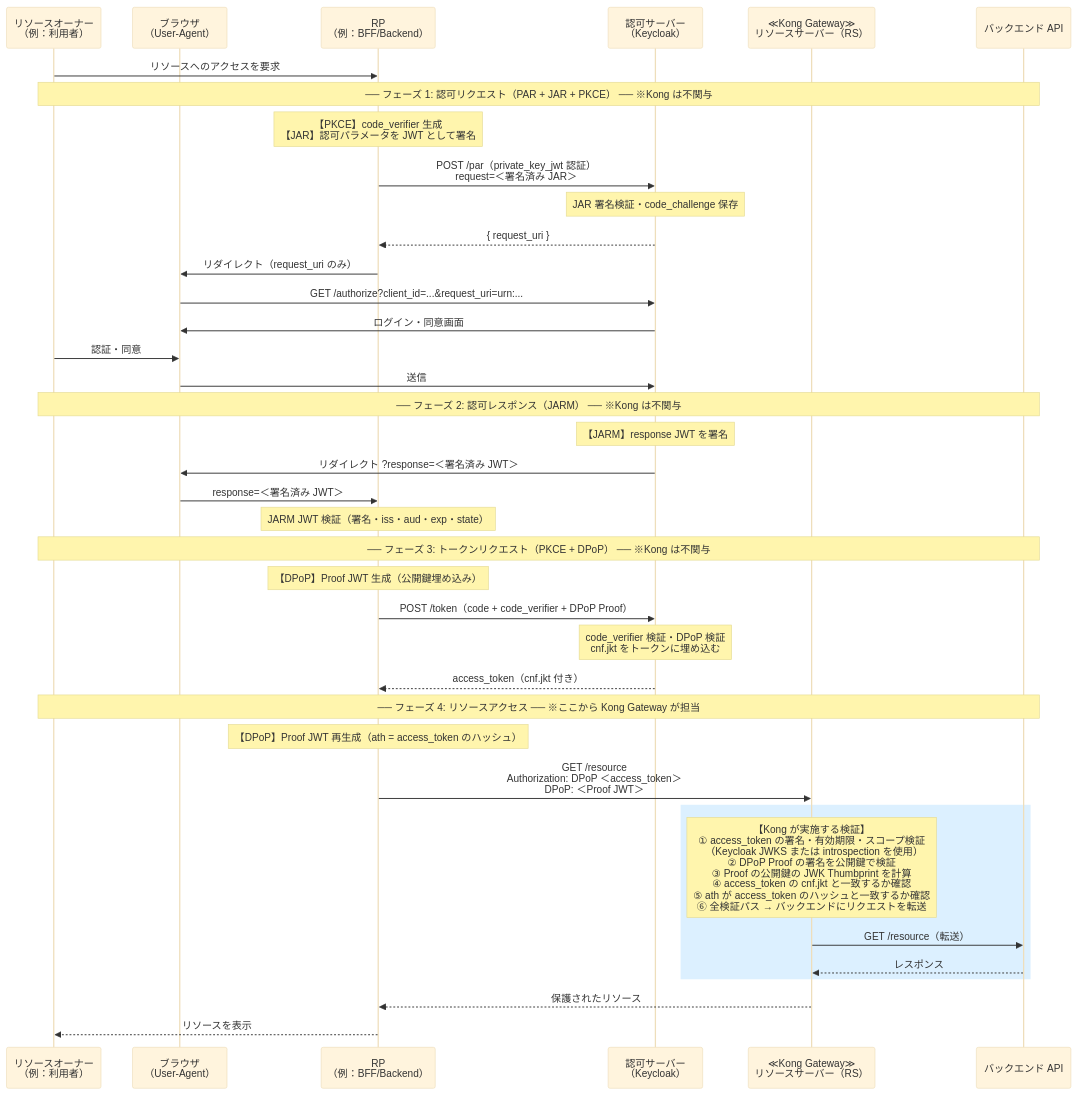
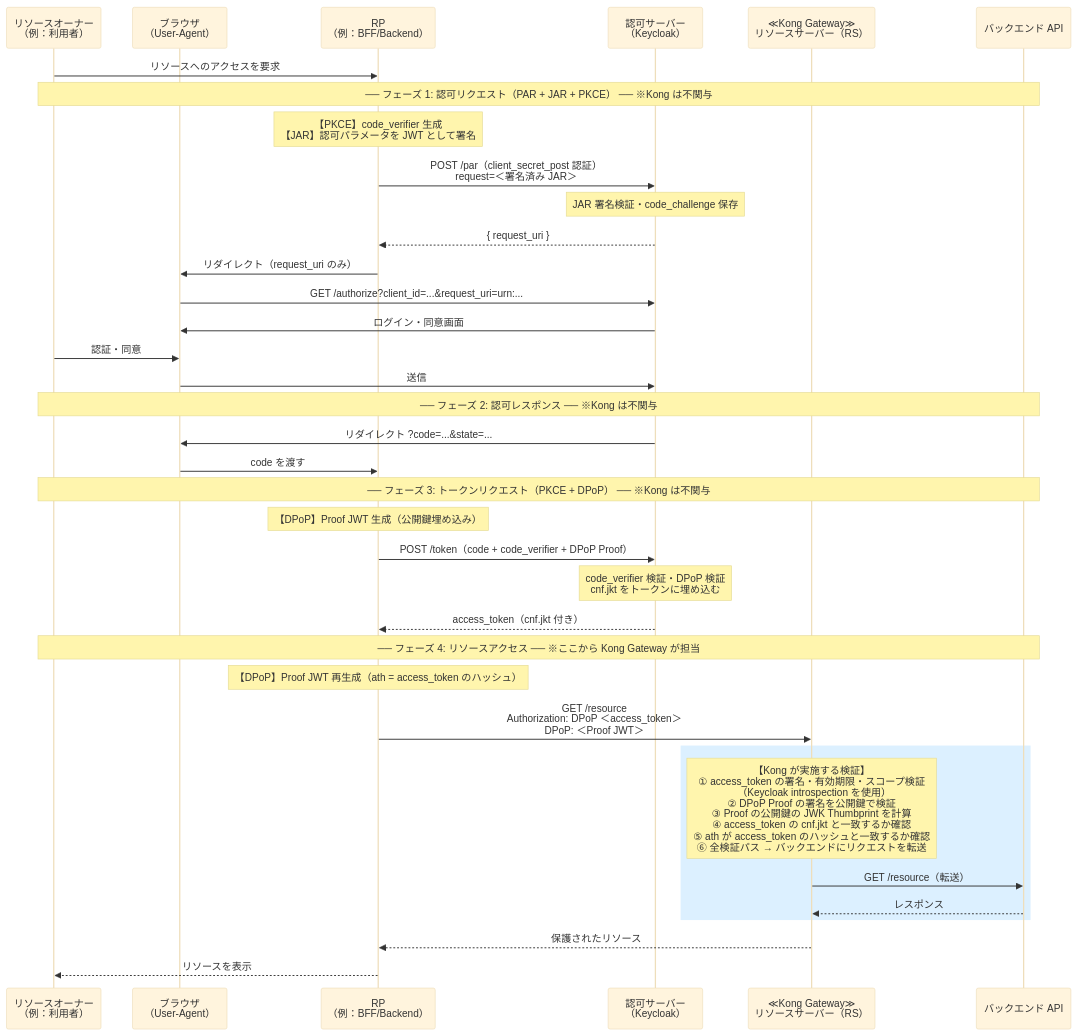
Before and after one commit to imurata/kong-fapi2: the seventh of 9 diagrams in README.md, drawn with Mermaid (base theme). The commit also changed other lines of this file, not shown here.

````diff
--- a/README.md
+++ b/README.md
@@ -1058,51 +1239,49 @@
 ```mermaid
 sequenceDiagram
     participant RO as リソースオーナー<br>（例：利用者）
     participant B as ブラウザ<br>（User-Agent）
     participant C as RP<br>（例：BFF/Backend）
     participant AS as 認可サーバー<br>（Keycloak）
     participant KG as ≪Kong Gateway≫<br>リソースサーバー（RS）
     participant API as バックエンド API
 
     RO->>C: リソースへのアクセスを要求
 
     note over RO,API: ── フェーズ 1: 認可リクエスト（PAR + JAR + PKCE） ── ※Kong は不関与
 
     note over C: 【PKCE】code_verifier 生成<br>【JAR】認可パラメータを JWT として署名
-    C->>AS: POST /par（private_key_jwt 認証）<br>request=＜署名済み JAR＞
+    C->>AS: POST /par（client_secret_post 認証）<br>request=＜署名済み JAR＞
     note over AS: JAR 署名検証・code_challenge 保存
     AS-->>C: { request_uri }
     C->>B: リダイレクト（request_uri のみ）
     B->>AS: GET /authorize?client_id=...&request_uri=urn:...
     AS->>B: ログイン・同意画面
     RO->>B: 認証・同意
     B->>AS: 送信
 
-    note over RO,API: ── フェーズ 2: 認可レスポンス（JARM） ── ※Kong は不関与
+    note over RO,API: ── フェーズ 2: 認可レスポンス ── ※Kong は不関与
 
-    note over AS: 【JARM】response JWT を署名
-    AS->>B: リダイレクト ?response=＜署名済み JWT＞
-    B->>C: response=＜署名済み JWT＞
-    note over C: JARM JWT 検証（署名・iss・aud・exp・state）
+    AS->>B: リダイレクト ?code=...&state=...
+    B->>C: code を渡す
 
     note over RO,API: ── フェーズ 3: トークンリクエスト（PKCE + DPoP） ── ※Kong は不関与
 
     note over C: 【DPoP】Proof JWT 生成（公開鍵埋め込み）
     C->>AS: POST /token（code + code_verifier + DPoP Proof）
     note over AS: code_verifier 検証・DPoP 検証<br>cnf.jkt をトークンに埋め込む
     AS-->>C: access_token（cnf.jkt 付き）
 
     note over RO,API: ── フェーズ 4: リソースアクセス ── ※ここから Kong Gateway が担当
 
     note over C: 【DPoP】Proof JWT 再生成（ath = access_token のハッシュ）
     C->>KG: GET /resource<br>Authorization: DPoP ＜access_token＞<br>DPoP: ＜Proof JWT＞
 
     rect rgb(220, 240, 255)
-        note over KG: 【Kong が実施する検証】<br>① access_token の署名・有効期限・スコープ検証<br>　（Keycloak JWKS または introspection を使用）<br>② DPoP Proof の署名を公開鍵で検証<br>③ Proof の公開鍵の JWK Thumbprint を計算<br>④ access_token の cnf.jkt と一致するか確認<br>⑤ ath が access_token のハッシュと一致するか確認<br>⑥ 全検証パス → バックエンドにリクエストを転送
+        note over KG: 【Kong が実施する検証】<br>① access_token の署名・有効期限・スコープ検証<br>　（Keycloak introspection を使用）<br>② DPoP Proof の署名を公開鍵で検証<br>③ Proof の公開鍵の JWK Thumbprint を計算<br>④ access_token の cnf.jkt と一致するか確認<br>⑤ ath が access_token のハッシュと一致するか確認<br>⑥ 全検証パス → バックエンドにリクエストを転送
         KG->>API: GET /resource（転送）
         API-->>KG: レスポンス
     end
 
     KG-->>C: 保護されたリソース
     C-->>RO: リソースを表示
 ```
````
